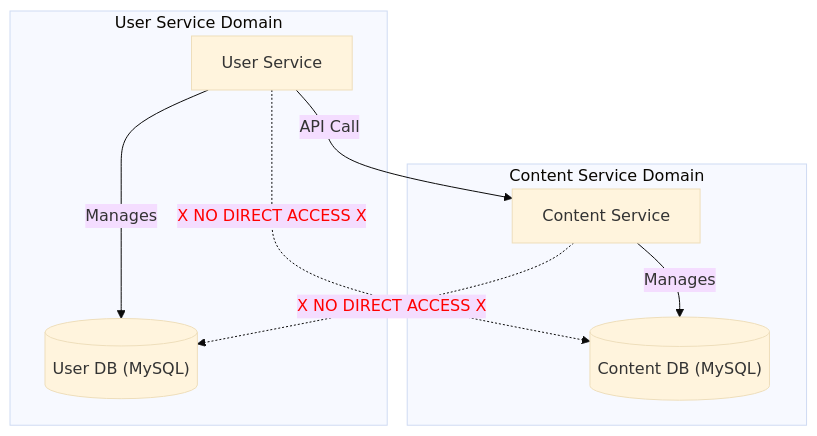
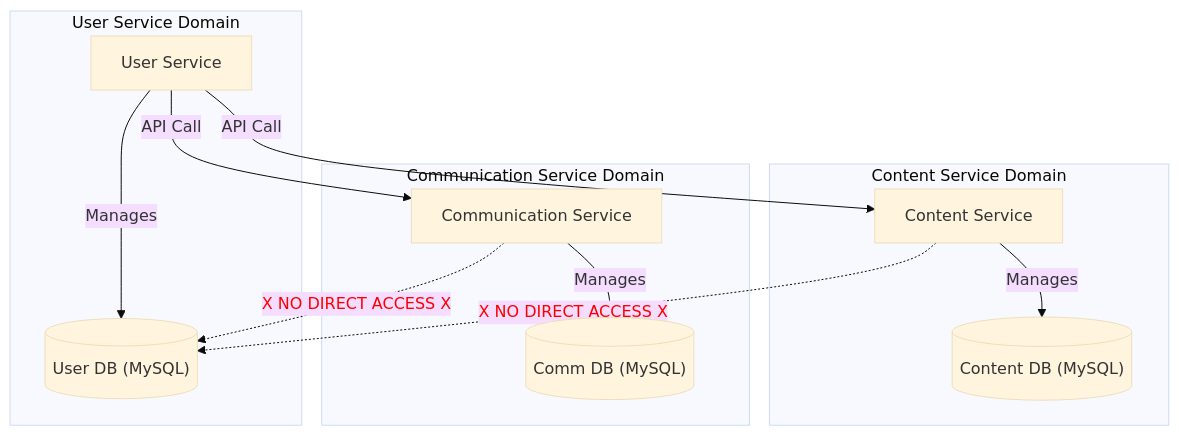
The second of 2 diagrams in README.md (byansanur/mentora-backend), drawn with Mermaid (base theme) before and after one commit. The commit also changed other lines of this file, not shown here.

````diff
--- a/README.md
+++ b/README.md
@@ -49,18 +50,26 @@
 ```mermaid
 graph TD
     subgraph UserDomain ["User Service Domain"]
         UserService[User Service]
         UserDB[("User DB (MySQL)")]
         UserService -- Manages --> UserDB
     end
 
     subgraph ContentDomain ["Content Service Domain"]
         ContentService[Content Service]
         ContentDB[("Content DB (MySQL)")]
         ContentService -- Manages --> ContentDB
     end
 
+    subgraph CommDomain ["Communication Service Domain"]
+        CommService[Communication Service]
+        CommDB[("Comm DB (MySQL)")]
+        CommService -- Manages --> CommDB
+    end
+
     UserService -->|API Call| ContentService
+    UserService -->|API Call| CommService
+    
     ContentService -.-> |<font color=red>X NO DIRECT ACCESS X</font>| UserDB
-    UserService -.-> |<font color=red>X NO DIRECT ACCESS X</font>| ContentDB
+    CommService -.-> |<font color=red>X NO DIRECT ACCESS X</font>| UserDB
 ```
````
